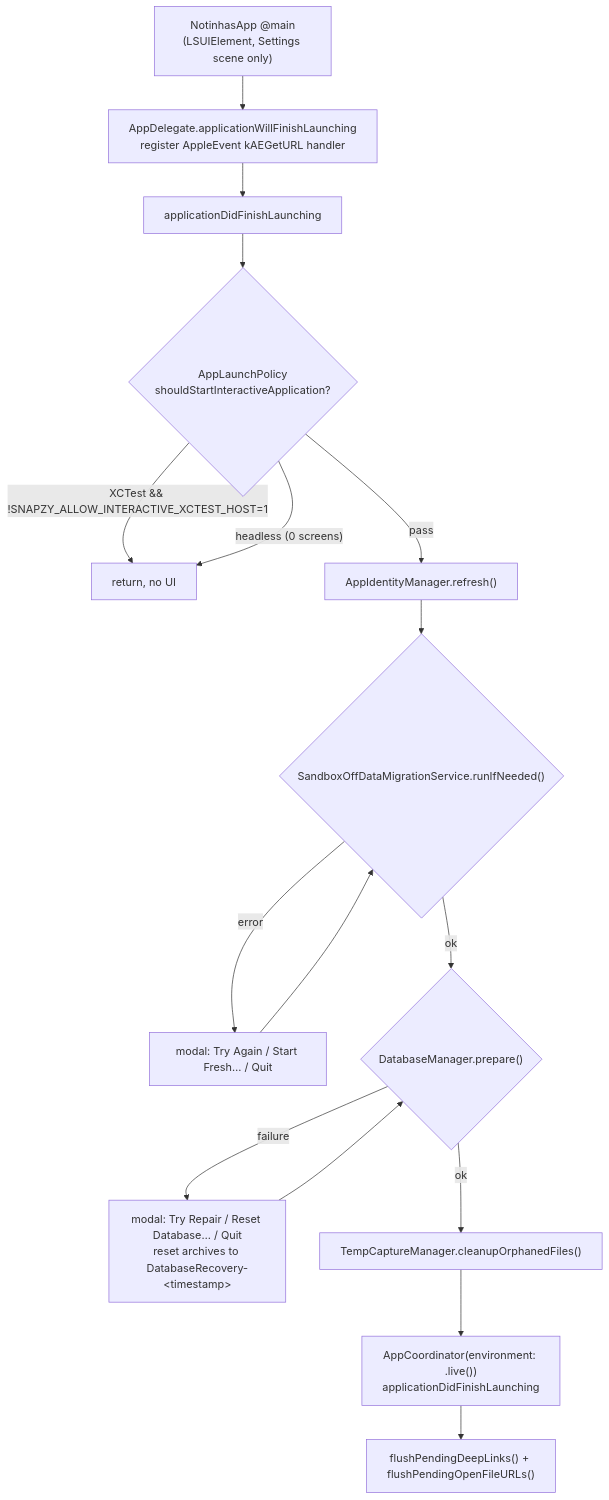
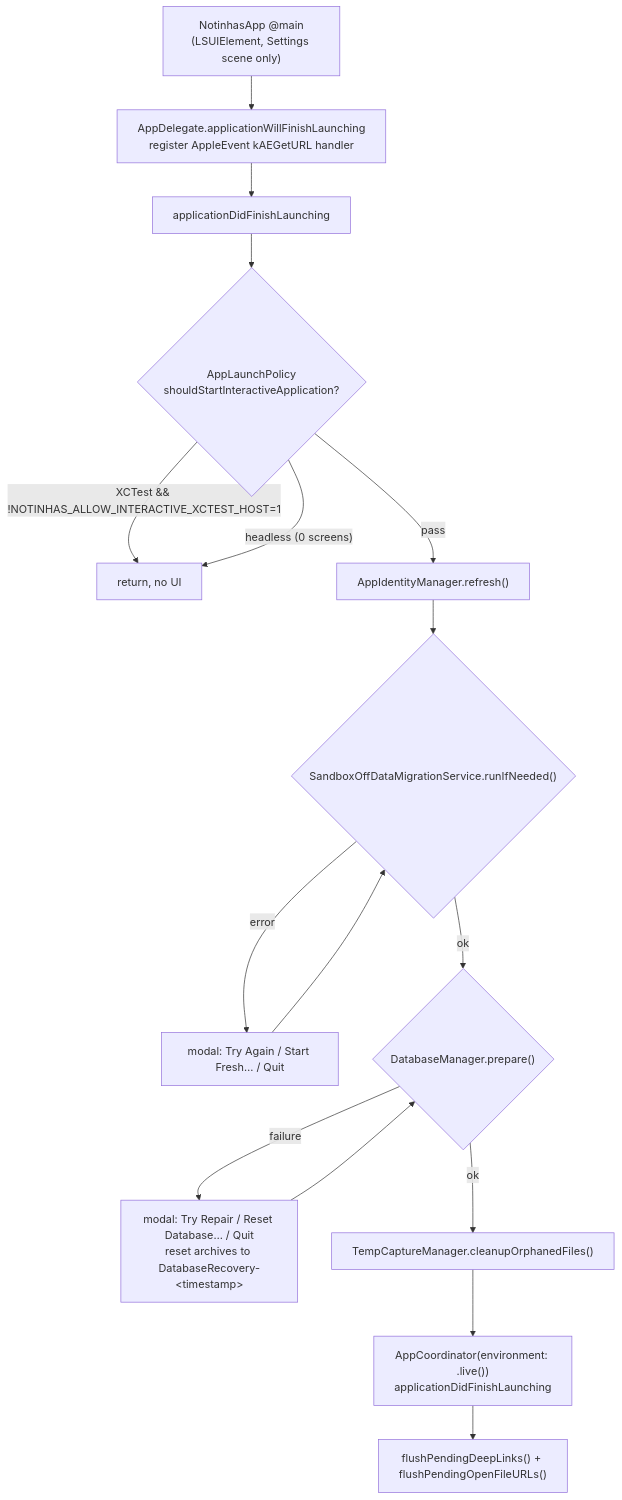
The diagram in docs/APP_LIFECYCLE.md (mourato/Notinhas), drawn with Mermaid before and after one commit. The commit also changed other lines of this file and 8 other files, not shown here.

````diff
--- a/docs/APP_LIFECYCLE.md
+++ b/docs/APP_LIFECYCLE.md
@@ -17,18 +17,18 @@
 ```mermaid
 flowchart TD
     A["NotinhasApp @main<br/>(LSUIElement, Settings scene only)"] --> B["AppDelegate.applicationWillFinishLaunching<br/>register AppleEvent kAEGetURL handler"]
     B --> C["applicationDidFinishLaunching"]
     C --> D{"AppLaunchPolicy<br/>shouldStartInteractiveApplication?"}
-    D -- "XCTest && !SNAPZY_ALLOW_INTERACTIVE_XCTEST_HOST=1" --> X[return, no UI]
+    D -- "XCTest && !NOTINHAS_ALLOW_INTERACTIVE_XCTEST_HOST=1" --> X[return, no UI]
     D -- "headless (0 screens)" --> X
     D -- pass --> E["AppIdentityManager.refresh()"]
     E --> F{"SandboxOffDataMigrationService.runIfNeeded()"}
     F -- "error" --> F1["modal: Try Again / Start Fresh… / Quit"]
     F1 --> F
     F -- ok --> G{"DatabaseManager.prepare()"}
     G -- "failure" --> G1["modal: Try Repair / Reset Database… / Quit<br/>reset archives to DatabaseRecovery-&lt;timestamp&gt;"]
     G1 --> G
     G -- ok --> H["TempCaptureManager.cleanupOrphanedFiles()"]
     H --> I["AppCoordinator(environment: .live())<br/>applicationDidFinishLaunching"]
     I --> J["flushPendingDeepLinks() + flushPendingOpenFileURLs()"]
 ```
````
